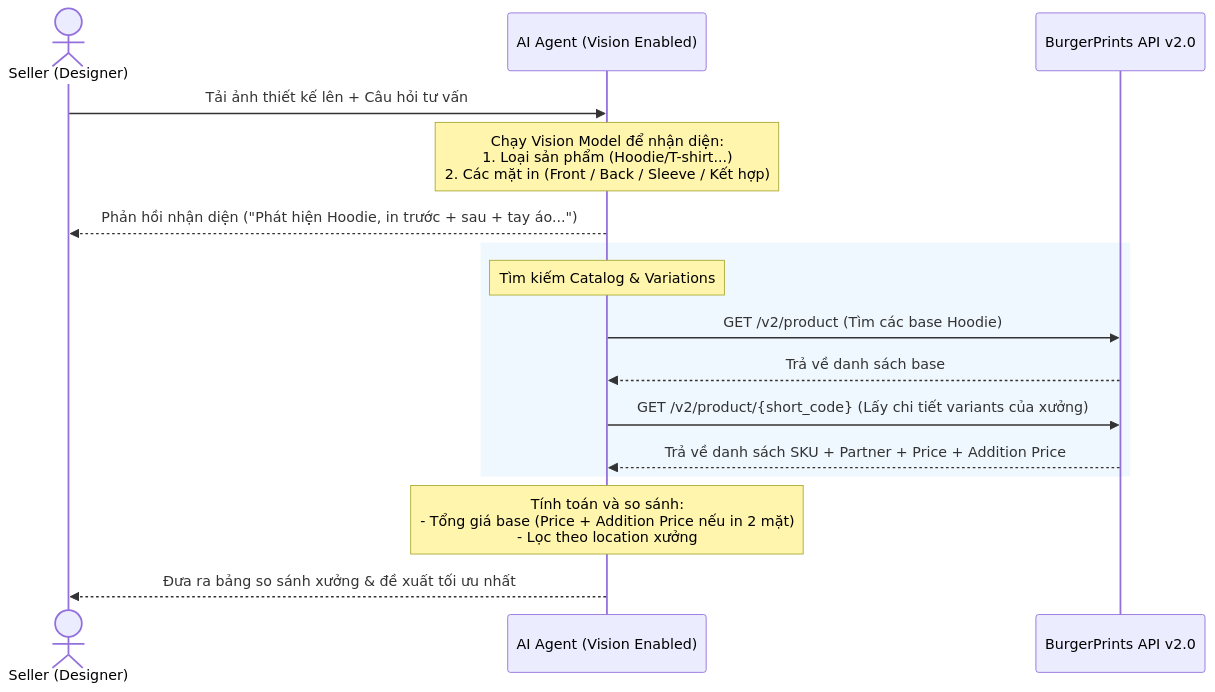
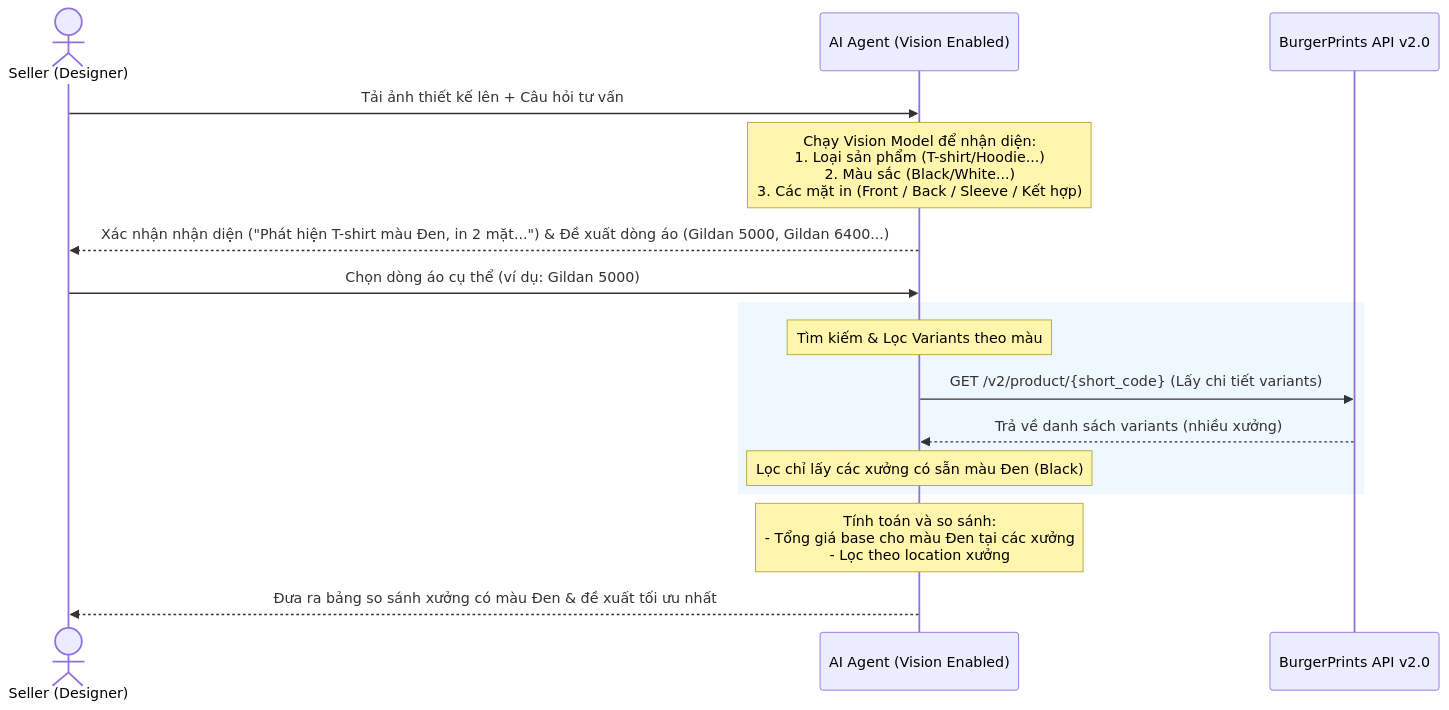
One commit to phongdaniel-sketch/BurgerPrintAgent changed the diagram in docs/Bonus-ImageAnalysisUseCase.md. Above: the diagram before and after it, drawn with Mermaid. The commit also changed other lines of this file, not shown here.

Commit message:
docs: add base selection and color checking logic to image analysis usecase

````diff
--- a/docs/Bonus-ImageAnalysisUseCase.md
+++ b/docs/Bonus-ImageAnalysisUseCase.md
@@ -23,21 +23,22 @@
 ```mermaid
 sequenceDiagram
     actor Seller as Seller (Designer)
     participant Agent as AI Agent (Vision Enabled)
     participant API as BurgerPrints API v2.0
     
     Seller->>Agent: Tải ảnh thiết kế lên + Câu hỏi tư vấn
-    Note over Agent: Chạy Vision Model để nhận diện:<br/>1. Loại sản phẩm (Hoodie/T-shirt...)<br/>2. Các mặt in (Front / Back / Sleeve / Kết hợp)
-    Agent-->>Seller: Phản hồi nhận diện ("Phát hiện Hoodie, in trước + sau + tay áo...")
+    Note over Agent: Chạy Vision Model để nhận diện:<br/>1. Loại sản phẩm (T-shirt/Hoodie...)<br/>2. Màu sắc (Black/White...)<br/>3. Các mặt in (Front / Back / Sleeve / Kết hợp)
+    Agent-->>Seller: Xác nhận nhận diện ("Phát hiện T-shirt màu Đen, in 2 mặt...") & Đề xuất dòng áo (Gildan 5000, Gildan 6400...)
+    
+    Seller->>Agent: Chọn dòng áo cụ thể (ví dụ: Gildan 5000)
     
     rect rgb(240, 248, 255)
-        Note over Agent: Tìm kiếm Catalog & Variations
-        Agent->>API: GET /v2/product (Tìm các base Hoodie)
-        API-->>Agent: Trả về danh sách base
-        Agent->>API: GET /v2/product/{short_code} (Lấy chi tiết variants của xưởng)
-        API-->>Agent: Trả về danh sách SKU + Partner + Price + Addition Price
+        Note over Agent: Tìm kiếm & Lọc Variants theo màu
+        Agent->>API: GET /v2/product/{short_code} (Lấy chi tiết variants)
+        API-->>Agent: Trả về danh sách variants (nhiều xưởng)
+        Note over Agent: Lọc chỉ lấy các xưởng có sẵn màu Đen (Black)
     end
     
-    Note over Agent: Tính toán và so sánh:<br/>- Tổng giá base (Price + Addition Price nếu in 2 mặt)<br/>- Lọc theo location xưởng
-    Agent-->>Seller: Đưa ra bảng so sánh xưởng & đề xuất tối ưu nhất
+    Note over Agent: Tính toán và so sánh:<br/>- Tổng giá base cho màu Đen tại các xưởng<br/>- Lọc theo location xưởng
+    Agent-->>Seller: Đưa ra bảng so sánh xưởng có màu Đen & đề xuất tối ưu nhất
 ```
````
